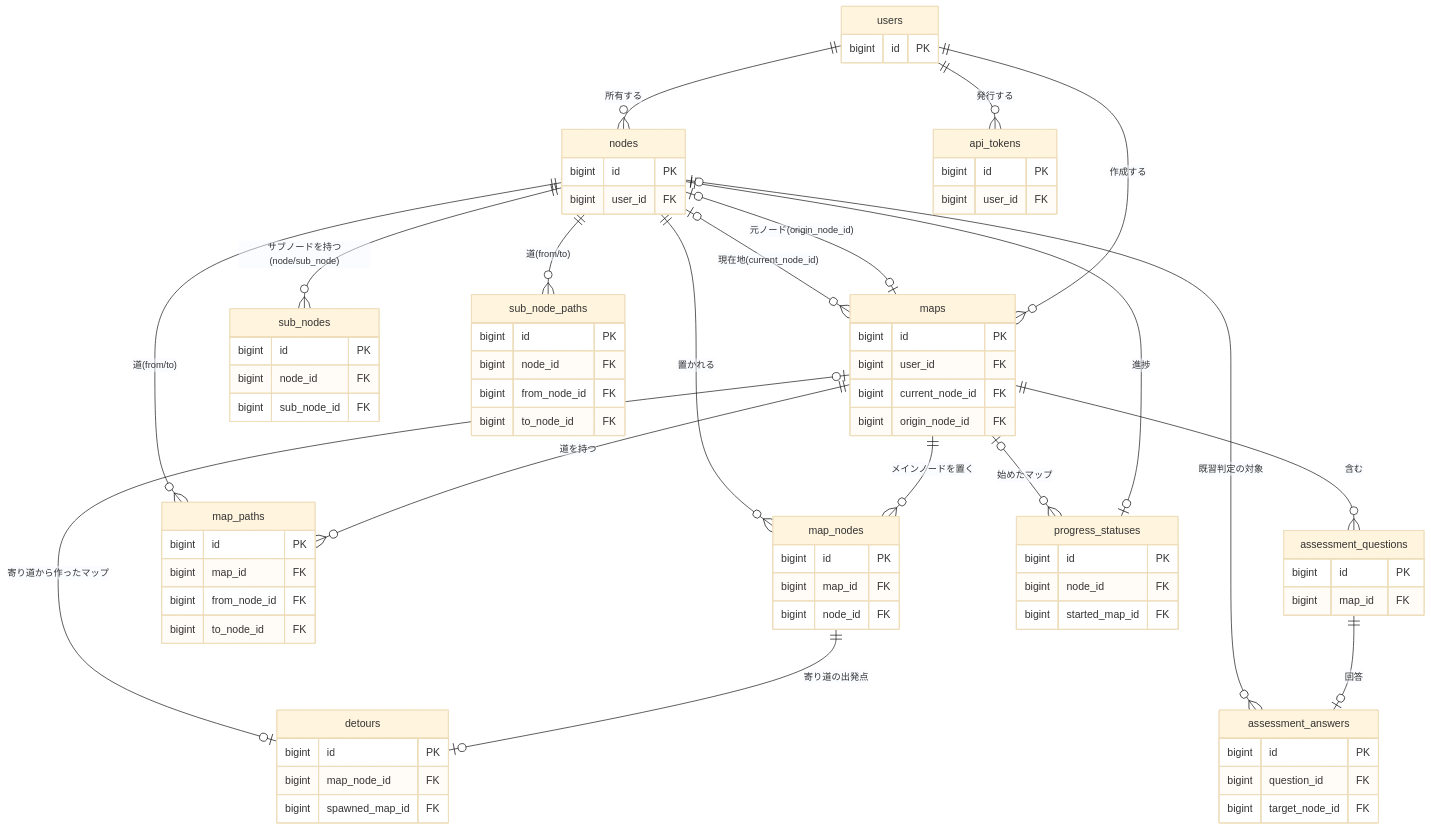
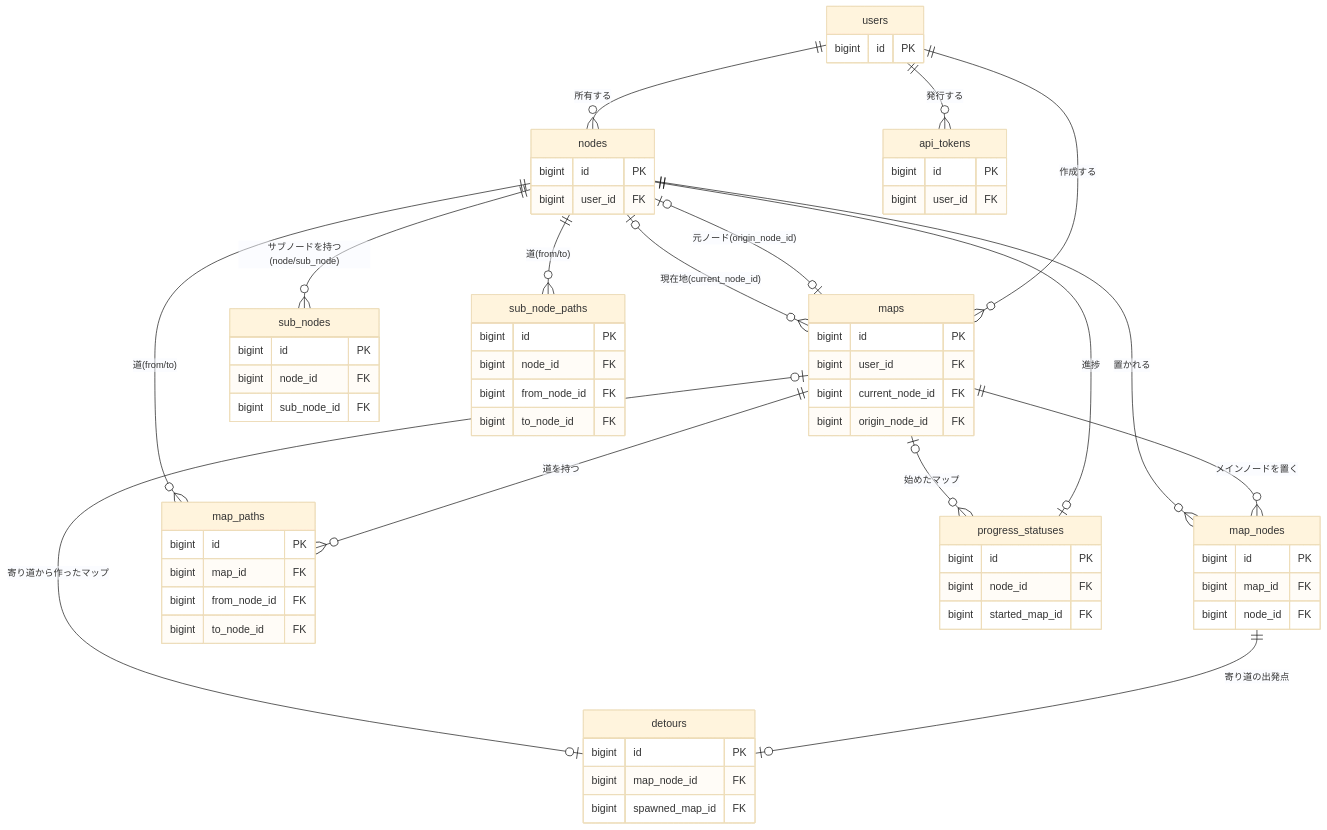
One commit to ryuma-1/Campass changed the sixth of 6 diagrams in docs/basic_design.md. Above: the diagram before and after it, drawn with Mermaid (base theme). The commit also changed other lines of this file and 7 other files, not shown here.

````diff
--- a/docs/basic_design.md
+++ b/docs/basic_design.md
@@ -169,80 +170,68 @@
 ```mermaid
 erDiagram
     users ||--o{ maps : "作成する"
     users ||--o{ nodes : "所有する"
     users ||--o{ api_tokens : "発行する"
     maps ||--o{ map_nodes : "メインノードを置く"
     maps ||--o{ map_paths : "道を持つ"
-    maps ||--o{ assessment_questions : "含む"
     nodes ||--o{ map_nodes : "置かれる"
     nodes ||--o{ map_paths : "道(from/to)"
     nodes ||--o{ sub_nodes : "サブノードを持つ(node/sub_node)"
     nodes ||--o{ sub_node_paths : "道(from/to)"
     nodes ||--o| progress_statuses : "進捗"
     nodes |o--o| maps : "元ノード(origin_node_id)"
     nodes |o--o{ maps : "現在地(current_node_id)"
     map_nodes ||--o| detours : "寄り道の出発点"
     detours |o--o| maps : "寄り道から作ったマップ"
     maps |o--o{ progress_statuses : "始めたマップ"
-    assessment_questions ||--o| assessment_answers : "回答"
-    nodes |o--o{ assessment_answers : "既習判定の対象"
 
     users {
         bigint id PK
     }
     api_tokens {
         bigint id PK
         bigint user_id FK
     }
     maps {
         bigint id PK
         bigint user_id FK
         bigint current_node_id FK
         bigint origin_node_id FK
     }
     nodes {
         bigint id PK
         bigint user_id FK
     }
     map_nodes {
         bigint id PK
         bigint map_id FK
         bigint node_id FK
     }
     map_paths {
         bigint id PK
         bigint map_id FK
         bigint from_node_id FK
         bigint to_node_id FK
     }
     sub_nodes {
         bigint id PK
         bigint node_id FK
         bigint sub_node_id FK
     }
     sub_node_paths {
         bigint id PK
         bigint node_id FK
         bigint from_node_id FK
         bigint to_node_id FK
     }
     detours {
         bigint id PK
         bigint map_node_id FK
         bigint spawned_map_id FK
     }
     progress_statuses {
         bigint id PK
         bigint node_id FK
         bigint started_map_id FK
     }
-    assessment_questions {
-        bigint id PK
-        bigint map_id FK
-    }
-    assessment_answers {
-        bigint id PK
-        bigint question_id FK
-        bigint target_node_id FK
-    }
 ```
````
